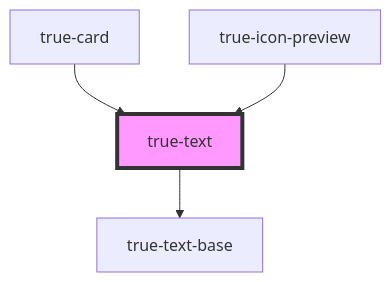
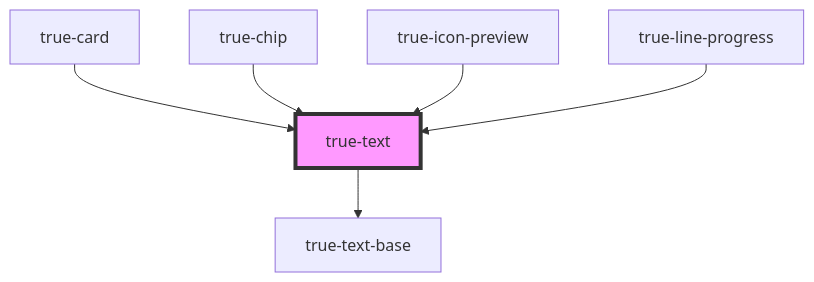
One commit to bbjdt2224/true-component-library changed the diagram in src/components/typography/text/readme.md. Above: the diagram before and after it, drawn with Mermaid. The commit also changed other lines of this file and 30 other files, not shown here.

````diff
--- a/src/components/typography/text/readme.md
+++ b/src/components/typography/text/readme.md
@@ -29,7 +31,9 @@
 ```mermaid
 graph TD;
   true-text --> true-text-base
   true-card --> true-text
+  true-chip --> true-text
   true-icon-preview --> true-text
+  true-line-progress --> true-text
   style true-text fill:#f9f,stroke:#333,stroke-width:4px
 ```
````
